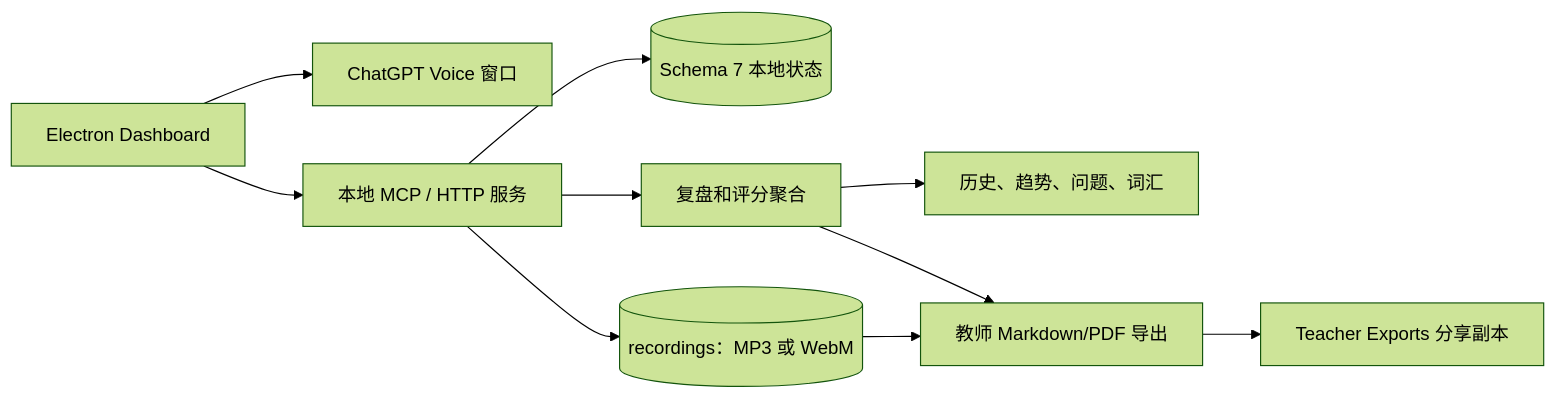
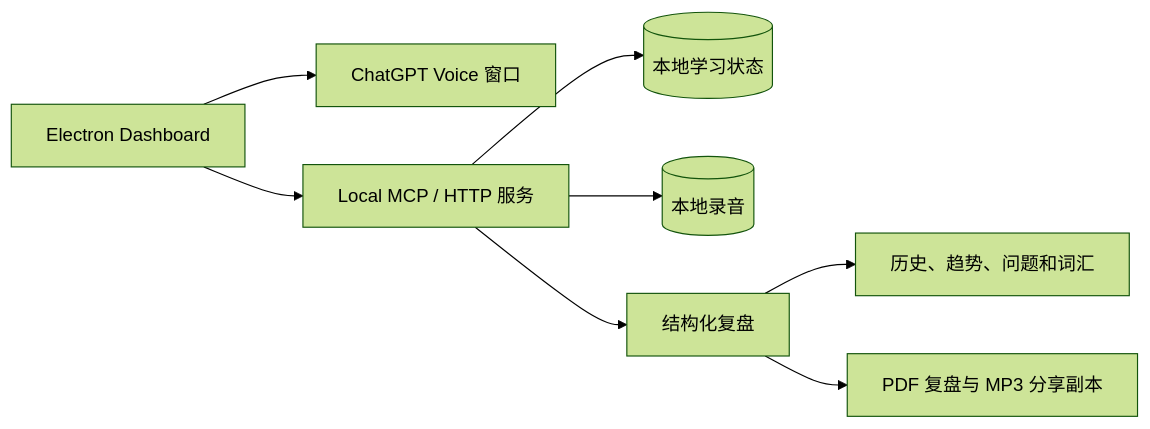
Before and after one commit to User-Wan/ielts-speaking-coach: the second of 2 diagrams in README.zh-CN.md, drawn with Mermaid (forest theme). The commit also changed other lines of this file and 9 other files, not shown here.

````diff
--- a/README.zh-CN.md
+++ b/README.zh-CN.md
@@ -77,12 +109,10 @@
 ```mermaid
 flowchart LR
     A[Electron Dashboard] --> B[ChatGPT Voice 窗口]
-    A --> C[本地 MCP / HTTP 服务]
-    C --> D[(Schema 7 本地状态)]
-    C --> E[(recordings：MP3 或 WebM)]
-    C --> F[复盘和评分聚合]
-    F --> G[历史、趋势、问题、词汇]
-    F --> H[教师 Markdown/PDF 导出]
-    E --> H
-    H --> I[Teacher Exports 分享副本]
+    A --> C[Local MCP / HTTP 服务]
+    C --> D[(本地学习状态)]
+    C --> E[(本地录音)]
+    C --> F[结构化复盘]
+    F --> G[历史、趋势、问题和词汇]
+    F --> H[PDF 复盘与 MP3 分享副本]
 ```
````
